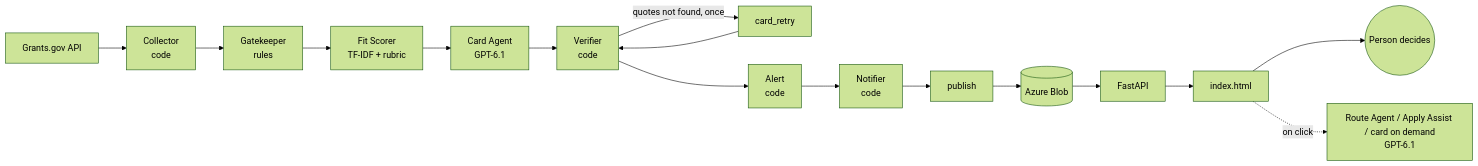
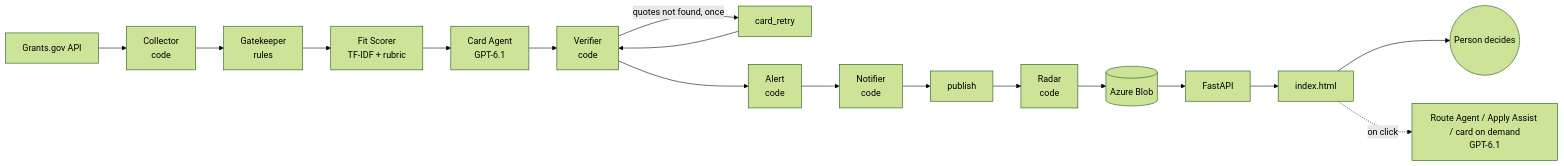
One commit to ErHxyun/Solve-a-thon-2026 changed the diagram in README.md. Above: the diagram before and after it, drawn with Mermaid (forest theme). The commit also changed other lines of this file and 9 other files, not shown here.

````diff
--- a/README.md
+++ b/README.md
@@ -41,12 +42,12 @@
 ```mermaid
 flowchart LR
   G[Grants.gov API] --> C[Collector<br/>code]
   C --> K[Gatekeeper<br/>rules]
   K --> F[Fit Scorer<br/>TF-IDF + rubric]
   F --> A[Card Agent<br/>GPT-6.1]
   A --> V[Verifier<br/>code]
   V -- quotes not found, once --> R[card_retry] --> V
-  V --> AL[Alert<br/>code] --> N[Notifier<br/>code] --> P[publish] --> B[(Azure Blob)]
+  V --> AL[Alert<br/>code] --> N[Notifier<br/>code] --> P[publish] --> RD[Radar<br/>code] --> B[(Azure Blob)]
   B --> API[FastAPI] --> UI[index.html] --> H((Person decides))
   UI -. on click .-> RA[Route Agent / Apply Assist / card on demand<br/>GPT-6.1]
 ```
````
